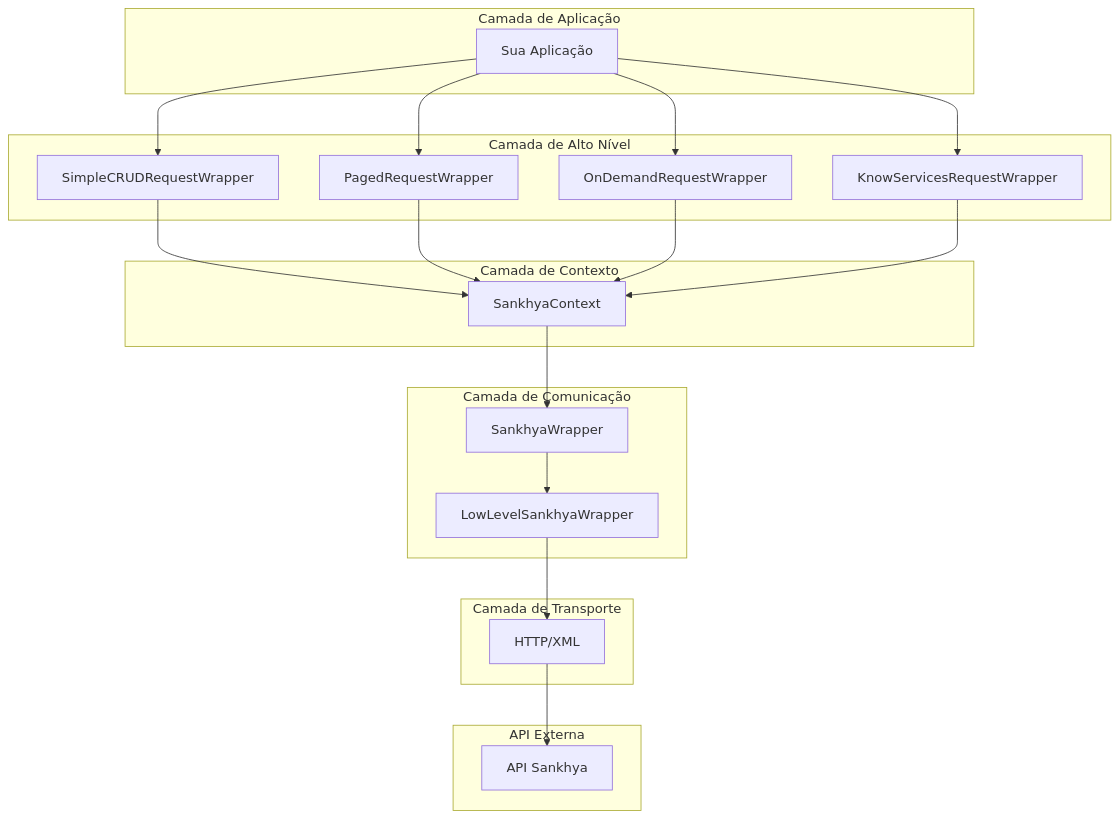
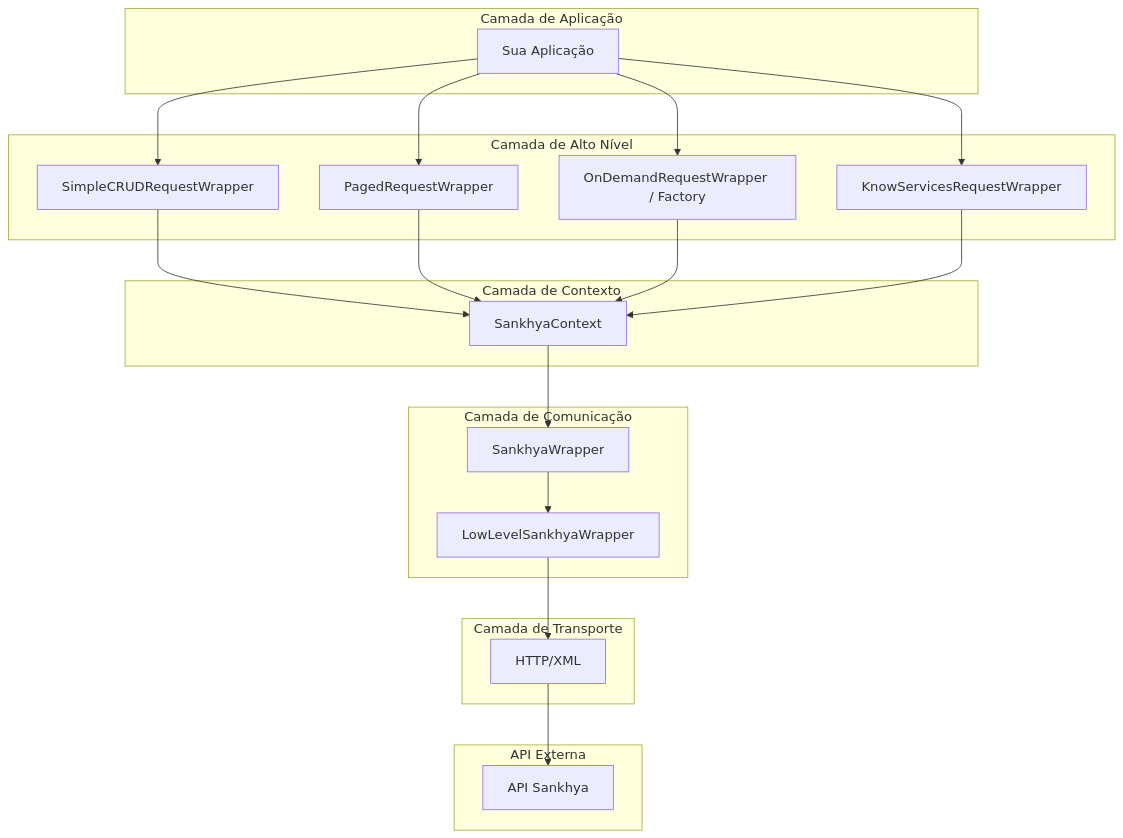
One commit to ssmvictor/Sankhya-SDK-python changed the first of 5 diagrams in docs/core-concepts/architecture.md. Above: the diagram before and after it, drawn with Mermaid. The commit also changed other lines of this file, not shown here.

````diff
--- a/docs/core-concepts/architecture.md
+++ b/docs/core-concepts/architecture.md
@@ -9,43 +12,43 @@
 ```mermaid
 graph TD
     subgraph "Camada de Aplicação"
         A[Sua Aplicação]
     end
-    
+
     subgraph "Camada de Alto Nível"
         B[SimpleCRUDRequestWrapper]
         C[PagedRequestWrapper]
-        D[OnDemandRequestWrapper]
+        D[OnDemandRequestWrapper / Factory]
         E[KnowServicesRequestWrapper]
     end
-    
+
     subgraph "Camada de Contexto"
         F[SankhyaContext]
     end
-    
+
     subgraph "Camada de Comunicação"
         G[SankhyaWrapper]
         H[LowLevelSankhyaWrapper]
     end
-    
+
     subgraph "Camada de Transporte"
         I[HTTP/XML]
     end
-    
+
     subgraph "API Externa"
         J[API Sankhya]
     end
-    
+
     A --> B
     A --> C
     A --> D
     A --> E
     B --> F
     C --> F
     D --> F
     E --> F
     F --> G
     G --> H
     H --> I
     I --> J
 ```
````
